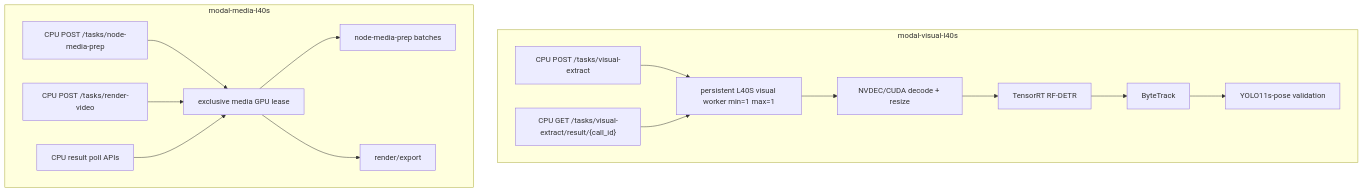
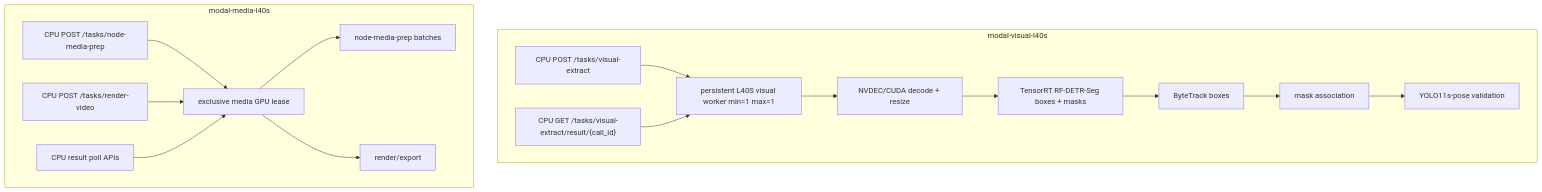
One commit to ClyptAI/Clypt-Backend changed the fourth of 4 diagrams in docs/specs/2026-05-02_scribe_v2_modal_l40s_phase1_phase26_refactor_spec.md. Above: the diagram before and after it, drawn with Mermaid. The commit also changed other lines of this file and 29 other files, not shown here.

First line of the commit message:
Use RF-DETR-Seg Nano for Modal visual masks

````diff
--- a/docs/specs/2026-05-02_scribe_v2_modal_l40s_phase1_phase26_refactor_spec.md
+++ b/docs/specs/2026-05-02_scribe_v2_modal_l40s_phase1_phase26_refactor_spec.md
@@ -200,27 +204,28 @@
 ```mermaid
 flowchart TD
   subgraph VISPOOL["modal-visual-l40s"]
     VAPI["CPU POST /tasks/visual-extract"]
     VPOLL["CPU GET /tasks/visual-extract/result/{call_id}"]
     VJOB["persistent L40S visual worker min=1 max=1"]
     VDECODE["NVDEC/CUDA decode + resize"]
-    VRFD["TensorRT RF-DETR"]
-    VTRACK["ByteTrack"]
+    VRFD["TensorRT RF-DETR-Seg boxes + masks"]
+    VTRACK["ByteTrack boxes"]
+    VMASK["mask association"]
     VPOSE["YOLO11s-pose validation"]
     VAPI --> VJOB
     VPOLL --> VJOB
-    VJOB --> VDECODE --> VRFD --> VTRACK --> VPOSE
+    VJOB --> VDECODE --> VRFD --> VTRACK --> VMASK --> VPOSE
   end
 
   subgraph MEDPOOL["modal-media-l40s"]
     PREPAPI["CPU POST /tasks/node-media-prep"]
     RENDERAPI["CPU POST /tasks/render-video"]
     MPOLL["CPU result poll APIs"]
     LEASE["exclusive media GPU lease"]
     PREP["node-media-prep batches"]
     RENDER["render/export"]
     PREPAPI --> LEASE --> PREP
     RENDERAPI --> LEASE --> RENDER
     MPOLL --> LEASE
   end
 ```
````
